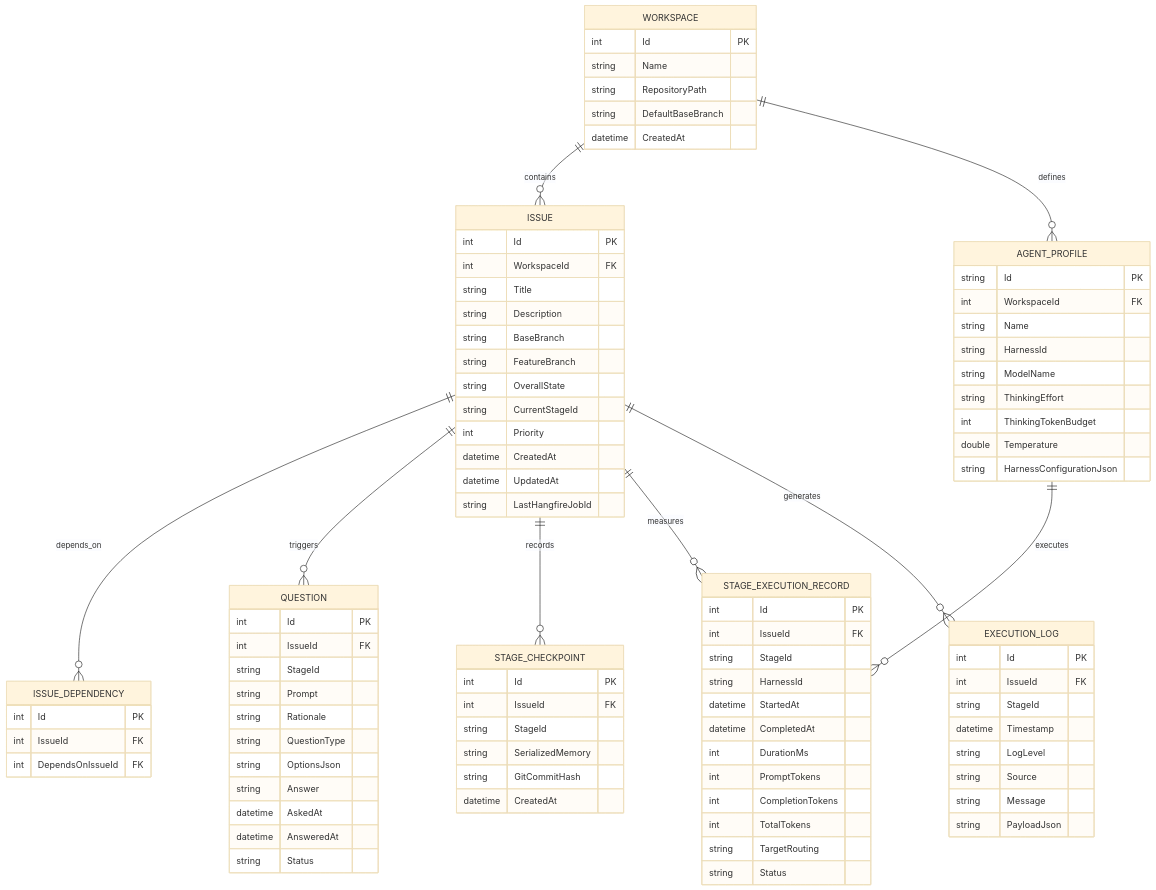
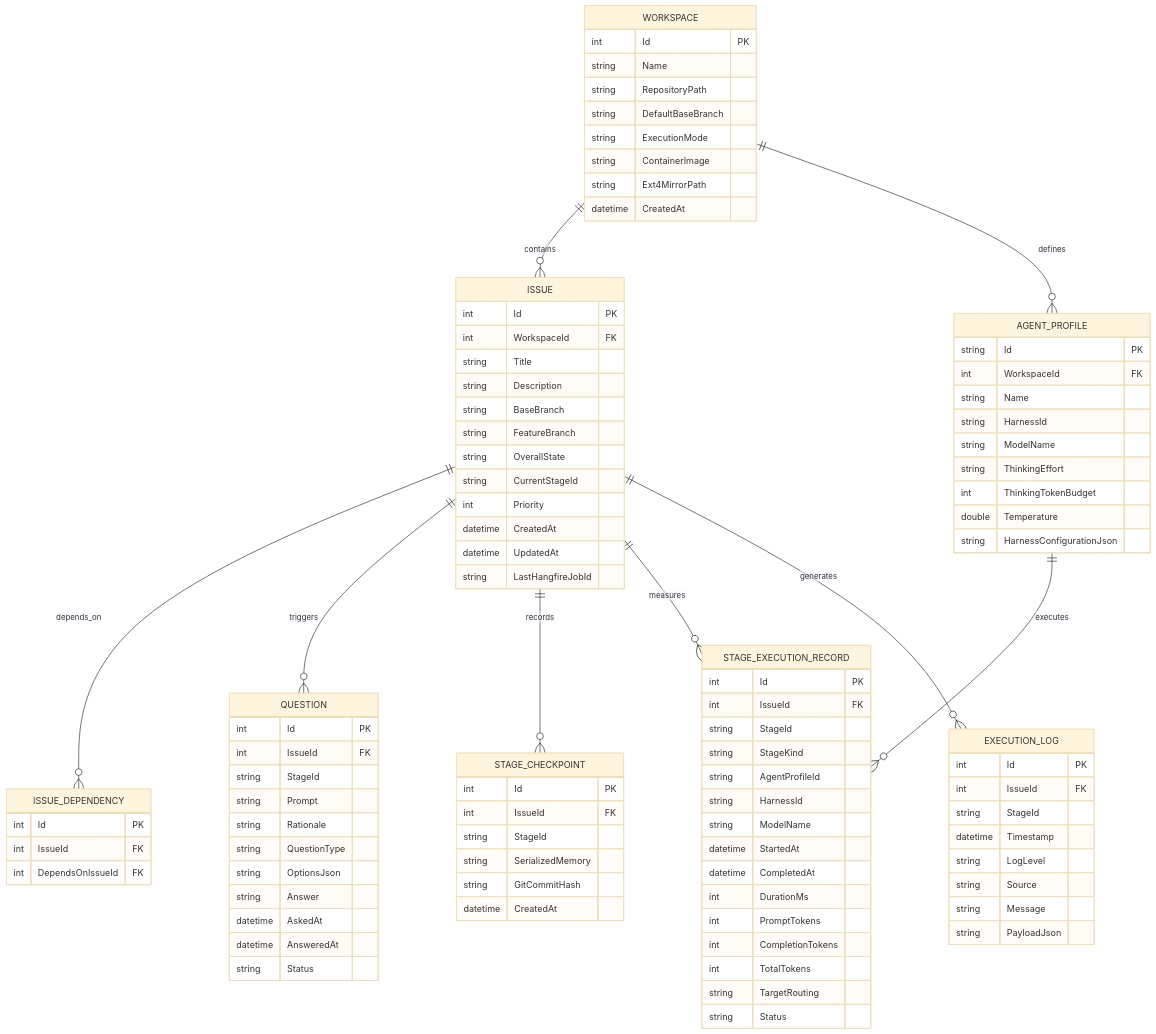
One commit to jetelain/NightCodeForge changed diagram 14 of 17 in docs/ARCHITECTURE.md. Above: the diagram before and after it, drawn with Mermaid (base theme). The commit also changed other lines of this file and 6 other files, not shown here.

```diff
--- a/docs/ARCHITECTURE.md
+++ b/docs/ARCHITECTURE.md
@@ -776,6 +882,9 @@
         string Name
         string RepositoryPath
         string DefaultBaseBranch
+        string ExecutionMode
+        string ContainerImage
+        string Ext4MirrorPath
         datetime CreatedAt
     }
 
@@ -839,7 +948,10 @@
         int Id PK
         int IssueId FK
         string StageId
+        string StageKind
+        string AgentProfileId
         string HarnessId
+        string ModelName
         datetime StartedAt
         datetime CompletedAt
         int DurationMs
```
